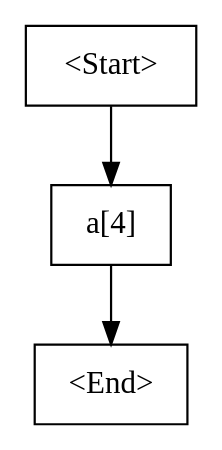
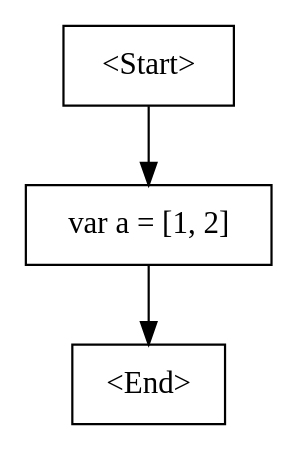
Before and after one commit to jayshiai/Cyclone: the diagram in cfg.dot, drawn with Graphviz. The commit also changed 1 other file, not shown here.

```diff
--- a/cfg.dot
+++ b/cfg.dot
@@ -1,8 +1,8 @@
 digraph G {
     N0 [label = "<Start>" shape = box]
-    N1 [label = "a[4]
+    N1 [label = "var a = [1, 2]
 " shape = box]
     N2 [label = "<End>" shape = box]
     N0 -> N1 [label = ""]
     N1 -> N2 [label = ""]
 }
```
